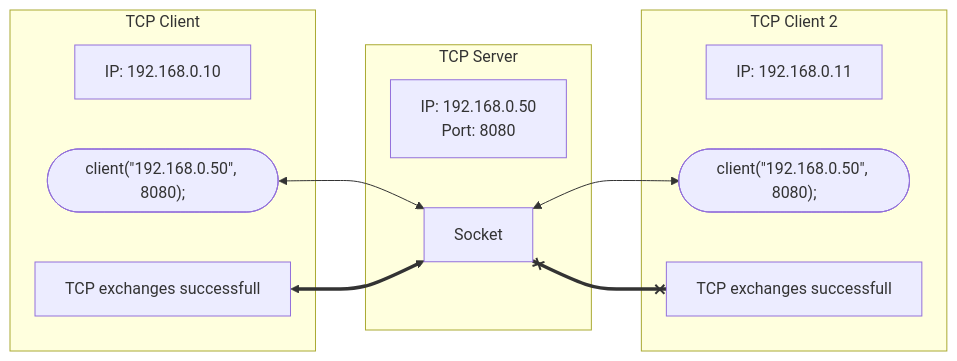
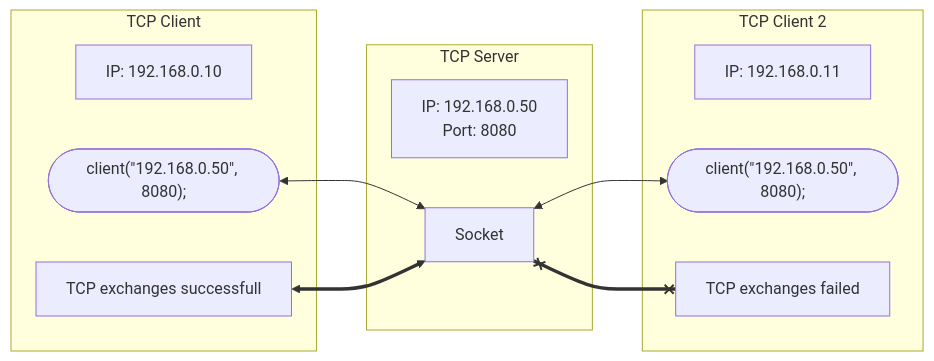
Before and after one commit to CodeWithRaph/Mutliclient_TCP_Server: the first of 2 diagrams in readme.md, drawn with Mermaid.

Commit message:
fixing a little mistake in the mermaid diagram

````diff
--- a/readme.md
+++ b/readme.md
@@ -20,41 +20,41 @@
 ```mermaid
 ---
 Title: TCP Client example
 ---
 flowchart LR
 
 
 subgraph TCP Client
     Config["`IP: 192.168.0.10
     `"]
 
     Connect(["client(#quot;192.168.0.50#quot;, 8080);"])
 
     TCP["TCP exchanges successfull"]
 end
 
 subgraph TCP Client 2
     Config2["`IP: 192.168.0.11
     `"]
 
     Connect2(["client(#quot;192.168.0.50#quot;, 8080);"])
 
-    TCP2["TCP exchanges successfull"]
+    TCP2["TCP exchanges failed"]
 end
 
 subgraph TCP Server
     Config_Server["`IP: 192.168.0.50
     Port: 8080
     `"]
 
     Socket
 end
 
 Connect <--> Socket
 Socket <--> Connect2
 
 
 TCP <==>
 Socket x==x TCP2
 
 ```
````
